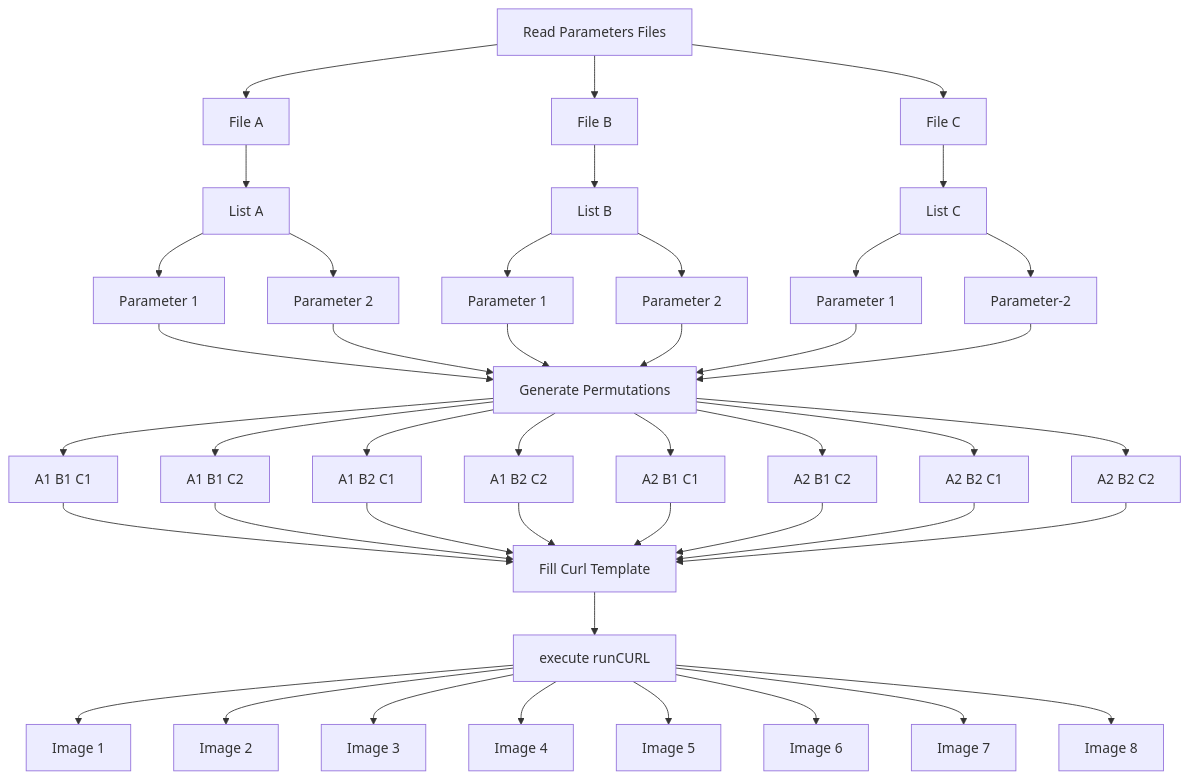
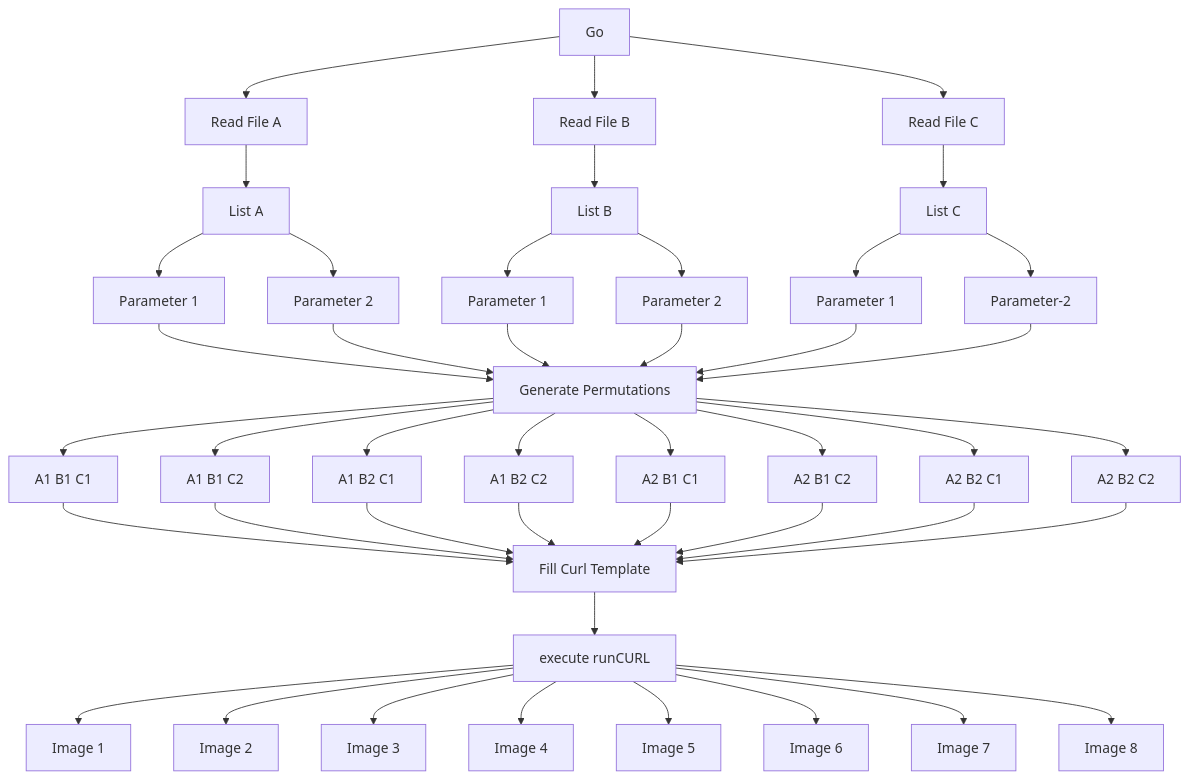
One commit to daedon/Fooocus-API-XYZ changed the diagram in README.md. Above: the diagram before and after it, drawn with Mermaid.

````diff
--- a/README.md
+++ b/README.md
@@ -131,56 +131,56 @@
 ```mermaid
 graph TD;
-    Read_Parameters[Read Parameters Files]-->fileA[File A];
-    Read_Parameters-->fileB[File B];
-    Read_Parameters-->fileC[File C];
+    Read_Parameters[Go]-->fileA[Read File A];
+    Read_Parameters-->fileB[Read File B];
+    Read_Parameters-->fileC[Read File C];
 
     fileA-->listA[List A];
     fileB-->listB[List B];
     fileC-->listC[List C];
 
     listA-->A1[Parameter 1];
     listA-->A2[Parameter 2];
     listB-->B1[Parameter 1];
     listB-->B2[Parameter 2];
     listC-->C1[Parameter 1];
     listC-->C2[Parameter-2];
 
 
     A1-->Generate_Permutation[Generate Permutations];
     A2-->Generate_Permutation;
     B1-->Generate_Permutation;
     B2-->Generate_Permutation;
     C1-->Generate_Permutation;
     C2-->Generate_Permutation;
 
     Generate_Permutation-->A1_B1_C1[A1 B1 C1];
     Generate_Permutation-->A1_B1_C2[A1 B1 C2];
     Generate_Permutation-->A1_B2_C1[A1 B2 C1];
     Generate_Permutation-->A1_B2_C2[A1 B2 C2];
     Generate_Permutation-->A2_B1_C1[A2 B1 C1];
     Generate_Permutation-->A2_B1_C2[A2 B1 C2];
     Generate_Permutation-->A2_B2_C1[A2 B2 C1];
     Generate_Permutation-->A2_B2_C2[A2 B2 C2];
 
     A1_B1_C1-->template[Fill Curl Template];
     A1_B1_C2-->template;
     A1_B2_C1-->template;
     A1_B2_C2-->template;
     A2_B1_C1-->template;
     A2_B1_C2-->template;
     A2_B2_C1-->template;
     A2_B2_C2-->template;
 
     template-->CurlCall[execute runCURL];
 
     CurlCall-->ImageA1_B1_C1[Image 1];
     CurlCall-->ImageA1_B1_C2[Image 2];
     CurlCall-->ImageA1_B2_C1[Image 3];
     CurlCall-->ImageA1_B2_C2[Image 4];
     CurlCall-->ImageA2_B1_C1[Image 5];
     CurlCall-->ImageA2_B1_C2[Image 6];
     CurlCall-->ImageA2_B2_C1[Image 7];
     CurlCall-->ImageA2_B2_C2[Image 8];
 
 
 ```
````
